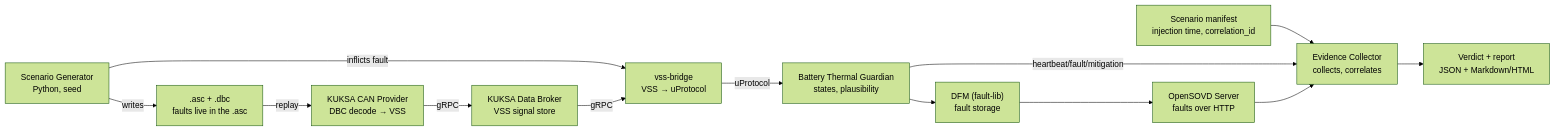
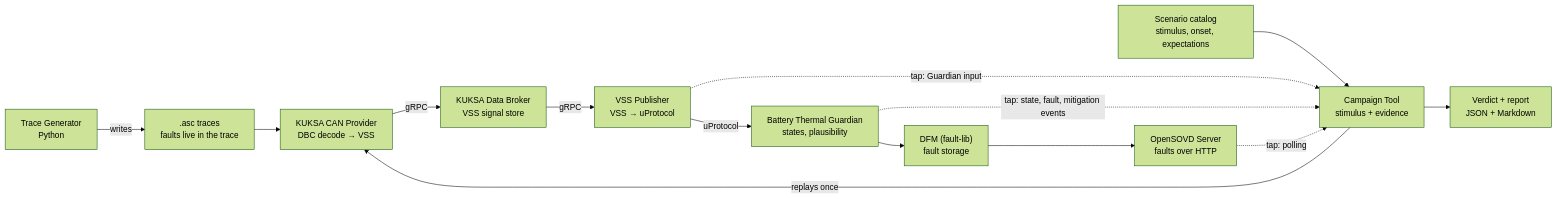
One commit to Eclipse-SDV-Hackathon-Chapter-Four/ota-outlaws changed the third of 3 diagrams in docs/reference/architecture.md. Above: the diagram before and after it, drawn with Mermaid (forest theme). The commit also changed other lines of this file and 30 other files, not shown here.

First line of the commit message:
Add the campaign tool: fault injection and evidence in one

````diff
--- a/docs/reference/architecture.md
+++ b/docs/reference/architecture.md
@@ -122,27 +123,28 @@
 ```mermaid
 flowchart LR
-    SG["Scenario Generator<br/>Python, seed"]
-    ASC[".asc + .dbc<br/>faults live in the .asc"]
+    TG["Trace Generator<br/>Python"]
+    CAT["Scenario catalog<br/>stimulus, onset, expectations"]
+    ASC[".asc traces<br/>faults live in the trace"]
     CAN["KUKSA CAN Provider<br/>DBC decode → VSS"]
     DB["KUKSA Data Broker<br/>VSS signal store"]
-    BR["vss-bridge<br/>VSS → uProtocol"]
-    MAN["Scenario manifest<br/>injection time, correlation_id"]
-    COL["Evidence Collector<br/>collects, correlates"]
+    BR["VSS Publisher<br/>VSS → uProtocol"]
     GUARD["Battery Thermal Guardian<br/>states, plausibility"]
-    REP["Verdict + report<br/>JSON + Markdown/HTML"]
+    DFM["DFM (fault-lib)<br/>fault storage"]
     SOVD["OpenSOVD Server<br/>faults over HTTP"]
-    DFM["DFM (fault-lib)<br/>fault storage"]
+    CT["Campaign Tool<br/>stimulus + evidence"]
+    REP["Verdict + report<br/>JSON + Markdown"]
 
-    SG -->|writes| ASC
-    SG -->|inflicts fault| BR
-    ASC -->|replay| CAN
+    TG -->|writes| ASC
+    CAT --> CT
+    CT -->|replays once| CAN
+    ASC --> CAN
     CAN -->|gRPC| DB
     DB -->|gRPC| BR
     BR -->|uProtocol| GUARD
-    MAN --> COL
-    GUARD -->|heartbeat/fault/mitigation| COL
+    BR -.->|tap: Guardian input| CT
+    GUARD -.->|tap: state, fault, mitigation events| CT
     GUARD --> DFM
     DFM --> SOVD
-    SOVD --> COL
-    COL --> REP
+    SOVD -.->|tap: polling| CT
+    CT --> REP
 ```
````
